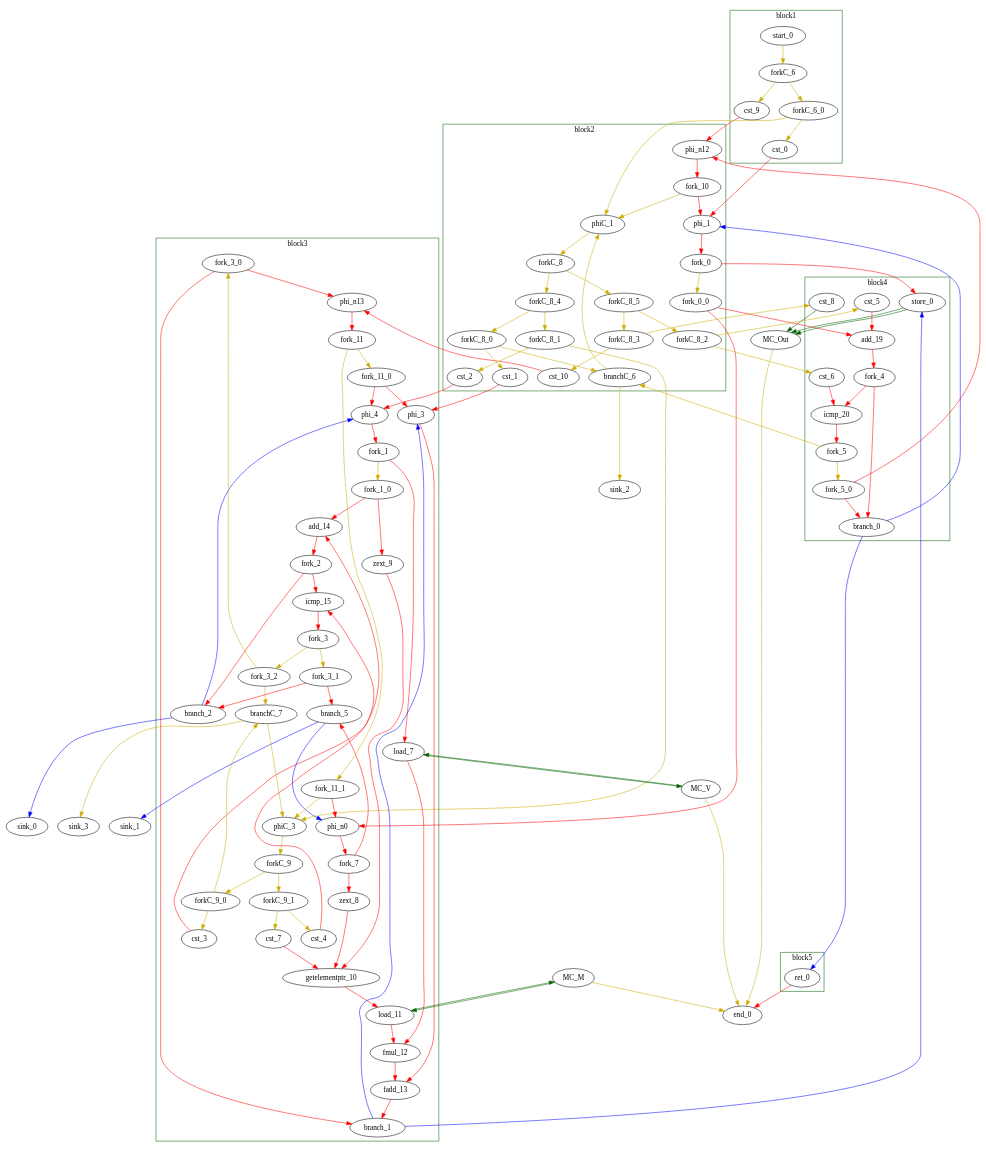
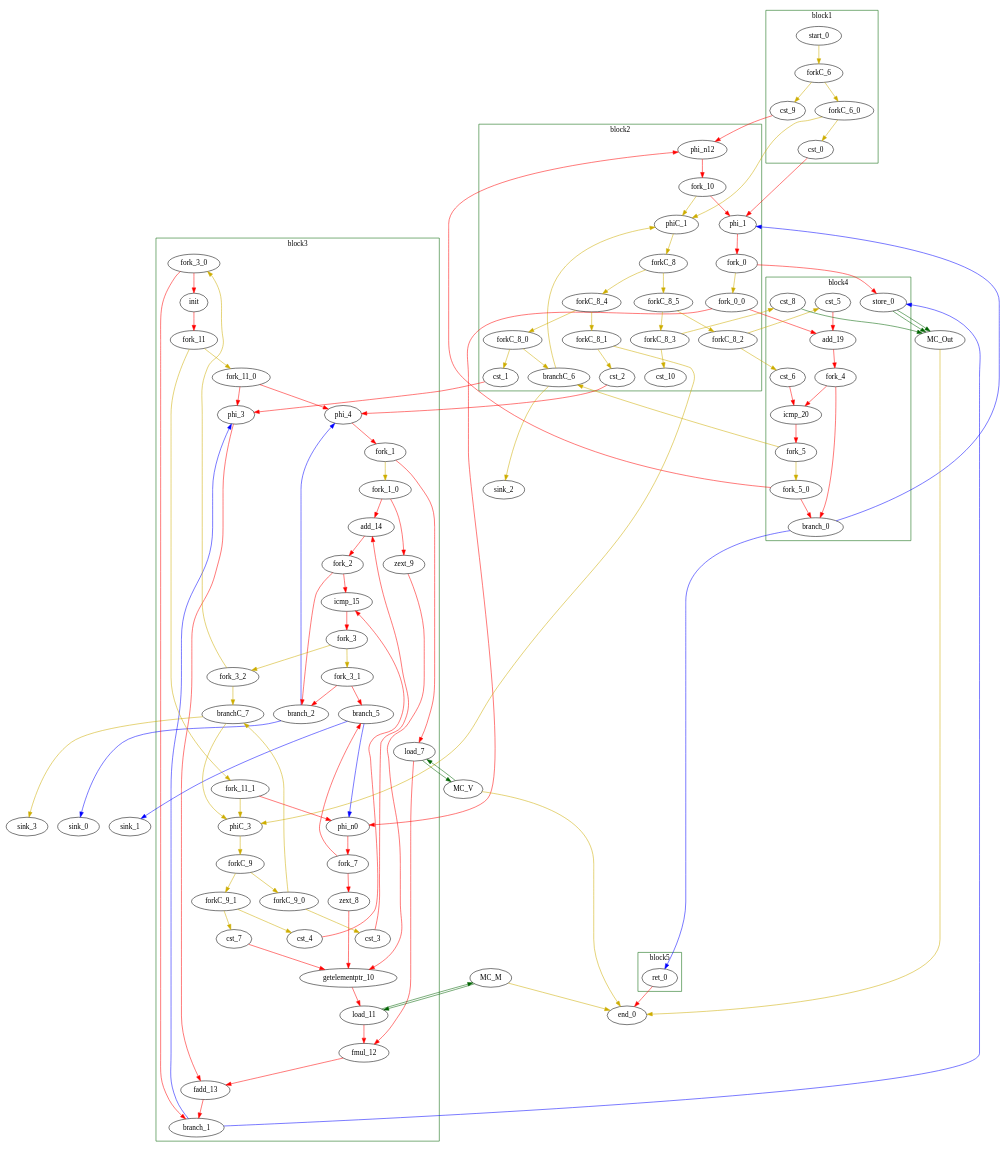
One commit to VCA-EPFL/dataflow-rewriter changed the diagram in benchmarks/preprocessed-baseline-matvec.dot. Above: the diagram before and after it, drawn with Graphviz. The commit also changed 5 other files, not shown here.

```diff
--- a/benchmarks/preprocessed-baseline-matvec.dot
+++ b/benchmarks/preprocessed-baseline-matvec.dot
@@ -56,7 +56,7 @@
 		"phi_n0" [type = "mux T", bbID= 3, in = "in1?:1 in2:32 in3:32 ", out = "out1:32", delay=0.366, tagged=false, taggers_num=0, tagger_id=-1];
 		"phiC_3" [type = "mux T", bbID= 3, in = "in1?:1 in2:0 in3:0 ", out = "out1:0", delay=0.166, tagged=false, taggers_num=0, tagger_id=-1];
 		"branch_1" [type = "branch T", bbID= 3,  in = "in1:32 in2?:1*i", out = "out1+:32 out2-:32", tagged=false, taggers_num=0, tagger_id=-1];
-		"phi_n13" [type = "Merge", bbID= 3, in = "in1:32 in2:32 ", out = "out1:32", delay=0.366, tagged=false, taggers_num=0, tagger_id=-1];
+		"init" [type = "init Bool false", bbID= 3, in = "in1:32 ", out = "out1:32", delay=0.366, tagged=false, taggers_num=0, tagger_id=-1];
 		"branch_2" [type = "branch T", bbID= 3,  in = "in1:32 in2?:1*i", out = "out1+:32 out2-:32", tagged=false, taggers_num=0, tagger_id=-1];
 		"branch_5" [type = "branch T", bbID= 3,  in = "in1:32 in2?:1*i", out = "out1+:32 out2-:32", tagged=false, taggers_num=0, tagger_id=-1];
 		"branchC_7" [type = "branch T", bbID= 3,  in = "in1:0 in2?:1*i", out = "out1+:0 out2-:0", tagged=false, taggers_num=0, tagger_id=-1];
@@ -151,7 +151,7 @@
 	"cst_9" -> "phi_n12" [color = "red", from = "out1", to = "in1"];
 	"branch_1" -> "store_0" [color = "blue", minlen = 3, from = "out1", to = "in1"];
 	"branch_1" -> "phi_3" [color = "blue", minlen = 3, from = "out2", to = "in3"];
-	"phi_n13" -> "fork_11" [color = "red", from = "out1", to = "in1"];
+	"init" -> "fork_11" [color = "red", from = "out1", to = "in1"];
 	"branch_2" -> "sink_0" [color = "blue", minlen = 3, from = "out1", to = "in1"];
 	"branch_2" -> "phi_4" [color = "blue", minlen = 3, from = "out2", to = "in3"];
 	"branch_5" -> "sink_1" [color = "blue", minlen = 3, from = "out1", to = "in1"];
@@ -160,7 +160,6 @@
 	"branchC_6" -> "phiC_1" [color = "gold3", minlen = 3, from = "out2", to = "in3"];
 	"branchC_7" -> "sink_3" [color = "gold3", minlen = 3, from = "out1", to = "in1"];
 	"branchC_7" -> "phiC_3" [color = "gold3", minlen = 3, from = "out2", to = "in3"];
-	"cst_10" -> "phi_n13" [color = "red", from = "out1", to = "in1"];
     "fork_0_0" -> "phi_n0" [color = "red", from = "out1", to = "in2"];
     "fork_0_0" -> "add_19" [color = "red", from = "out2", to = "in1"];
     "fork_0" -> store_0 [color = red, from = "out1", to = in2];
@@ -172,7 +171,7 @@
 	"fork_2" -> "icmp_15" [color = "red", from = "out1", to = "in1"];
 	"fork_2" -> "branch_2" [color = "red", from = "out2", to = "in1"];
     "fork_3_0" -> "branch_1" [color = "red", from = "out1", to = "in2"];
-    "fork_3_0" -> "phi_n13" [color = "red", from = "out2", to = "in2"];
+    "fork_3_0" -> "init" [color = "red", from = "out2", to = "in1"];
     "fork_3_1" -> "branch_2" [color = "red", from = "out1", to = "in2"];
     "fork_3_1" -> "branch_5" [color = "red", from = "out2", to = "in2"];
     "fork_3_2" -> "branchC_7" [color = "gold3", from = "out1", to = "in2"];
```
